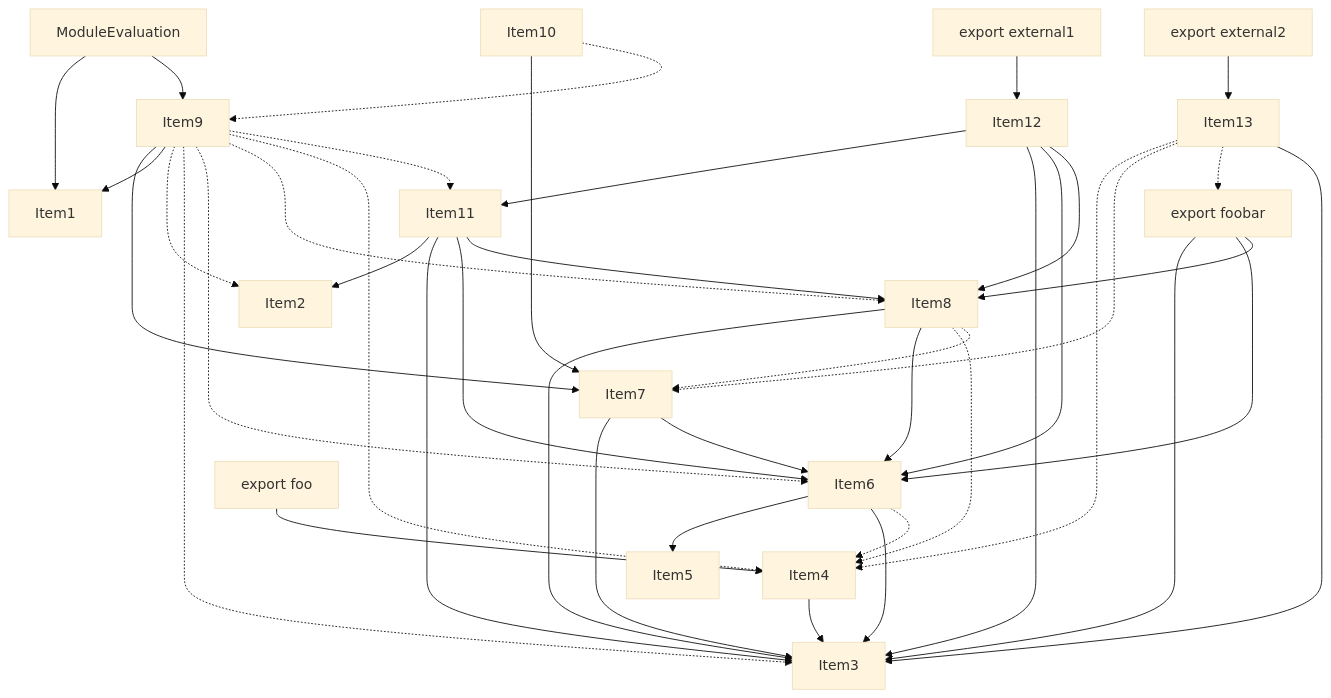
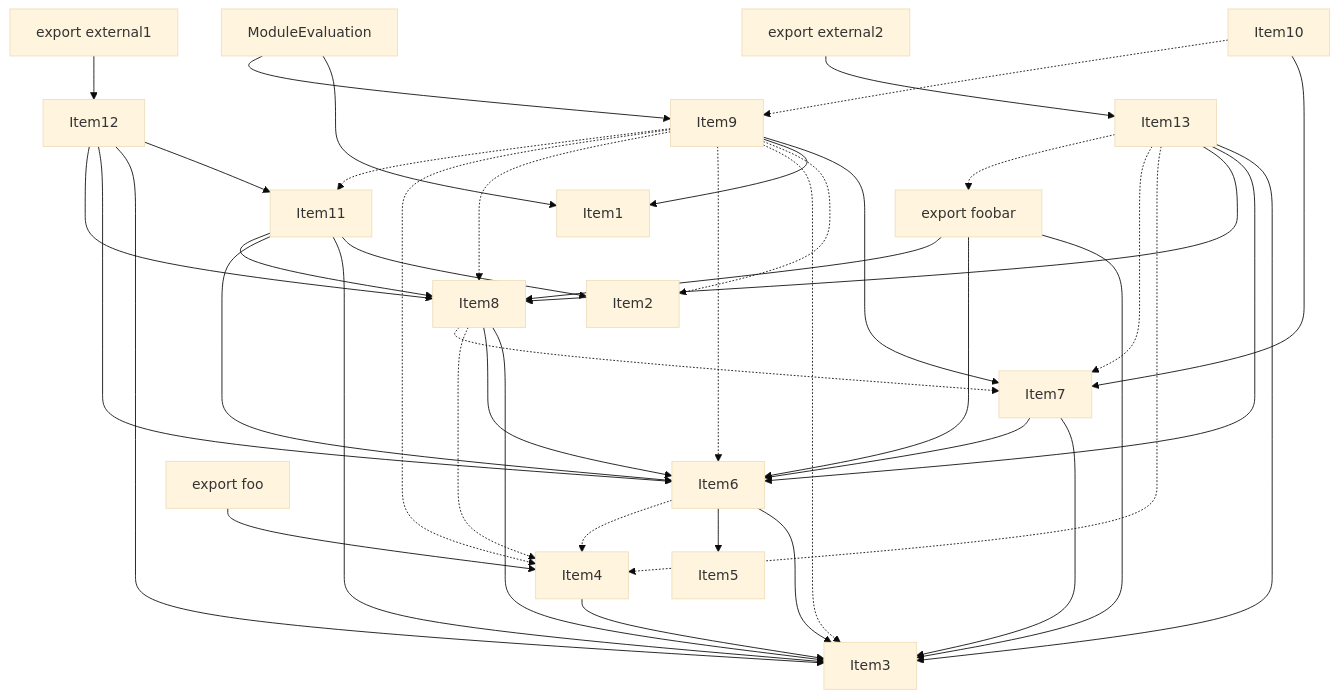
One commit to vercel/turborepo changed the fourth of 5 diagrams in crates/turbopack-ecmascript/tests/tree-shaker/analyzer/1/output.md. Above: the diagram before and after it, drawn with Mermaid (base theme). The commit also changed other lines of this file and 3 other files, not shown here.

````diff
--- a/crates/turbopack-ecmascript/tests/tree-shaker/analyzer/1/output.md
+++ b/crates/turbopack-ecmascript/tests/tree-shaker/analyzer/1/output.md
@@ -295,66 +298,68 @@
 ```mermaid
 graph TD
     Item1;
     Item2;
     Item3;
     Item4;
     Item5;
     Item6;
     Item7;
     Item8;
     Item9;
     Item10;
     Item11;
     Item12;
     Item13;
     Item14;
     Item14["ModuleEvaluation"];
     Item15;
     Item15["export foobar"];
     Item16;
     Item16["export foo"];
     Item17;
     Item17["export external1"];
     Item18;
     Item18["export external2"];
     Item4 --> Item3;
+    Item6 --> Item3;
     Item6 --> Item5;
-    Item6 --> Item3;
     Item6 -.-> Item4;
     Item7 --> Item3;
     Item7 --> Item6;
     Item8 --> Item3;
     Item8 --> Item6;
     Item8 -.-> Item4;
     Item8 -.-> Item7;
     Item9 --> Item7;
     Item9 --> Item1;
     Item9 -.-> Item2;
     Item9 -.-> Item3;
     Item9 -.-> Item6;
     Item9 -.-> Item8;
     Item9 -.-> Item4;
     Item9 -.-> Item11;
     Item10 --> Item7;
     Item10 -.-> Item9;
     Item15 --> Item3;
     Item15 --> Item6;
     Item15 --> Item8;
     Item16 --> Item4;
     Item17 --> Item12;
     Item18 --> Item13;
     Item11 --> Item2;
     Item11 --> Item3;
     Item11 --> Item6;
     Item11 --> Item8;
     Item12 --> Item11;
     Item12 --> Item3;
     Item12 --> Item6;
     Item12 --> Item8;
+    Item13 --> Item3;
+    Item13 --> Item6;
+    Item13 --> Item8;
     Item13 -.-> Item4;
     Item13 -.-> Item7;
     Item13 -.-> Item15;
-    Item13 --> Item3;
     Item14 --> Item1;
     Item14 --> Item9;
 ```
````
